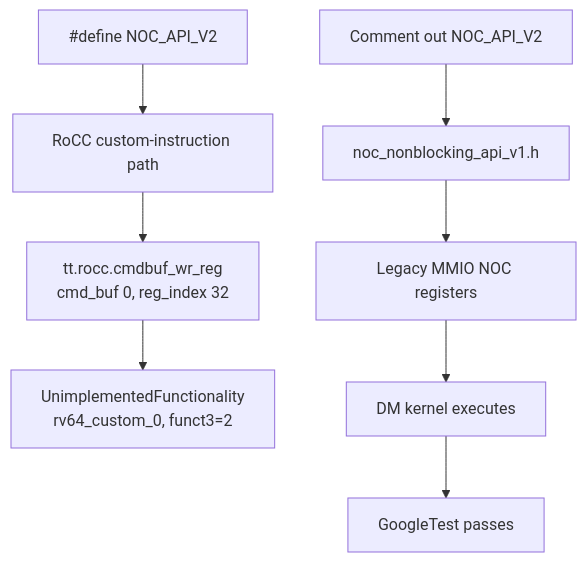
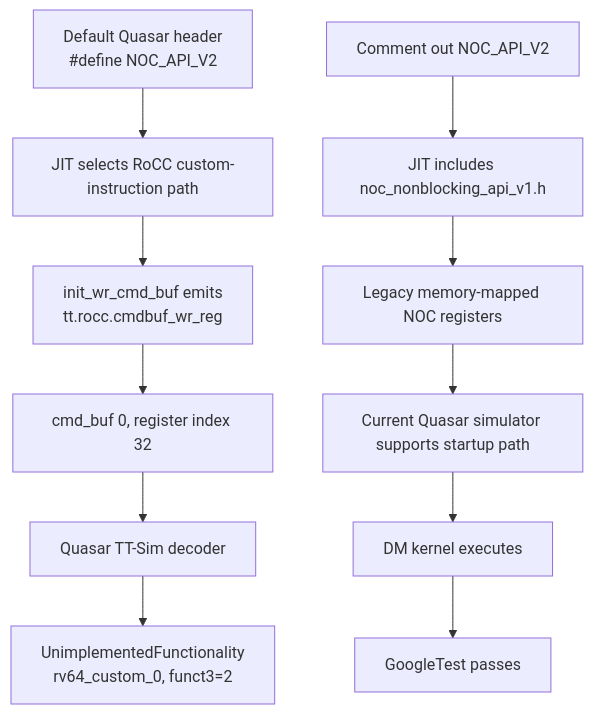
One commit to buicongnguyen/tt-sim changed the fifth of 5 diagrams in public/SIMULATION_SEQUENCE.md. Above: the diagram before and after it, drawn with Mermaid. The commit also changed other lines of this file and 42 other files, not shown here.

````diff
--- a/public/SIMULATION_SEQUENCE.md
+++ b/public/SIMULATION_SEQUENCE.md
@@ -95,11 +141,14 @@
 ```mermaid
 flowchart TD
-    A[#define NOC_API_V2] --> B[RoCC custom-instruction path]
-    B --> C[tt.rocc.cmdbuf_wr_reg<br/>cmd_buf 0, reg_index 32]
-    C --> D[UnimplementedFunctionality<br/>rv64_custom_0, funct3=2]
+    A[Default Quasar header<br/>#define NOC_API_V2] --> B[JIT selects RoCC custom-instruction path]
+    B --> C[init_wr_cmd_buf emits<br/>tt.rocc.cmdbuf_wr_reg]
+    C --> D[cmd_buf 0, register index 32]
+    D --> E[Quasar TT-Sim decoder]
+    E --> F[UnimplementedFunctionality<br/>rv64_custom_0, funct3=2]
 
-    A2[Comment out NOC_API_V2] --> B2[noc_nonblocking_api_v1.h]
-    B2 --> C2[Legacy MMIO NOC registers]
-    C2 --> D2[DM kernel executes]
-    D2 --> E2[GoogleTest passes]
+    A2[Comment out NOC_API_V2] --> B2[JIT includes noc_nonblocking_api_v1.h]
+    B2 --> C2[Legacy memory-mapped NOC registers]
+    C2 --> D2[Current Quasar simulator supports startup path]
+    D2 --> E2[DM kernel executes]
+    E2 --> F2[GoogleTest passes]
 ```
````
